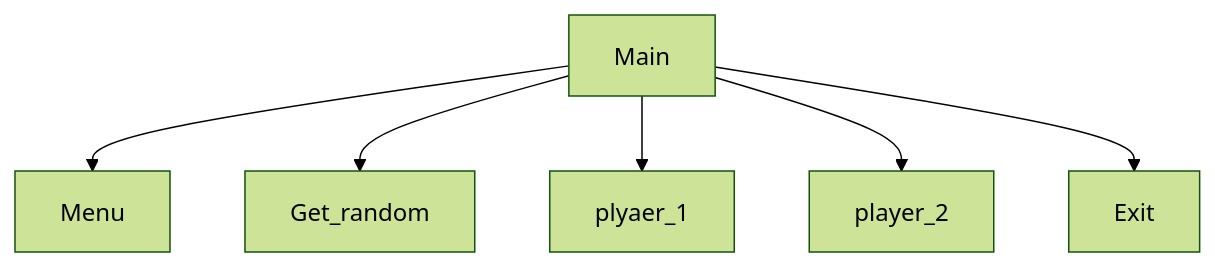
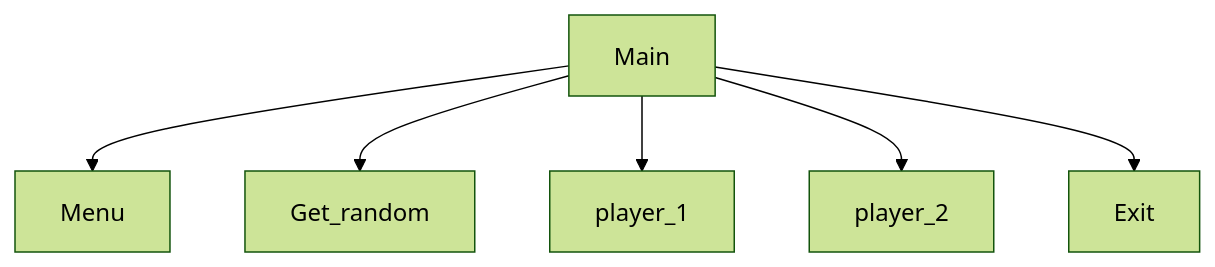
The diagram in README.md (GGs121/Chapter-5-team-project), drawn with Mermaid (forest theme) before and after one commit.

Commit message:
Fix typo in README.md for player_1

````diff
--- a/README.md
+++ b/README.md
@@ -8,8 +8,8 @@
 ```mermaid
 graph TD;
   Main-->Menu;
   Main-->Get_random;
-  Main-->plyaer_1;
+  Main-->player_1;
   Main-->player_2;
   Main-->Exit
 ```
````
